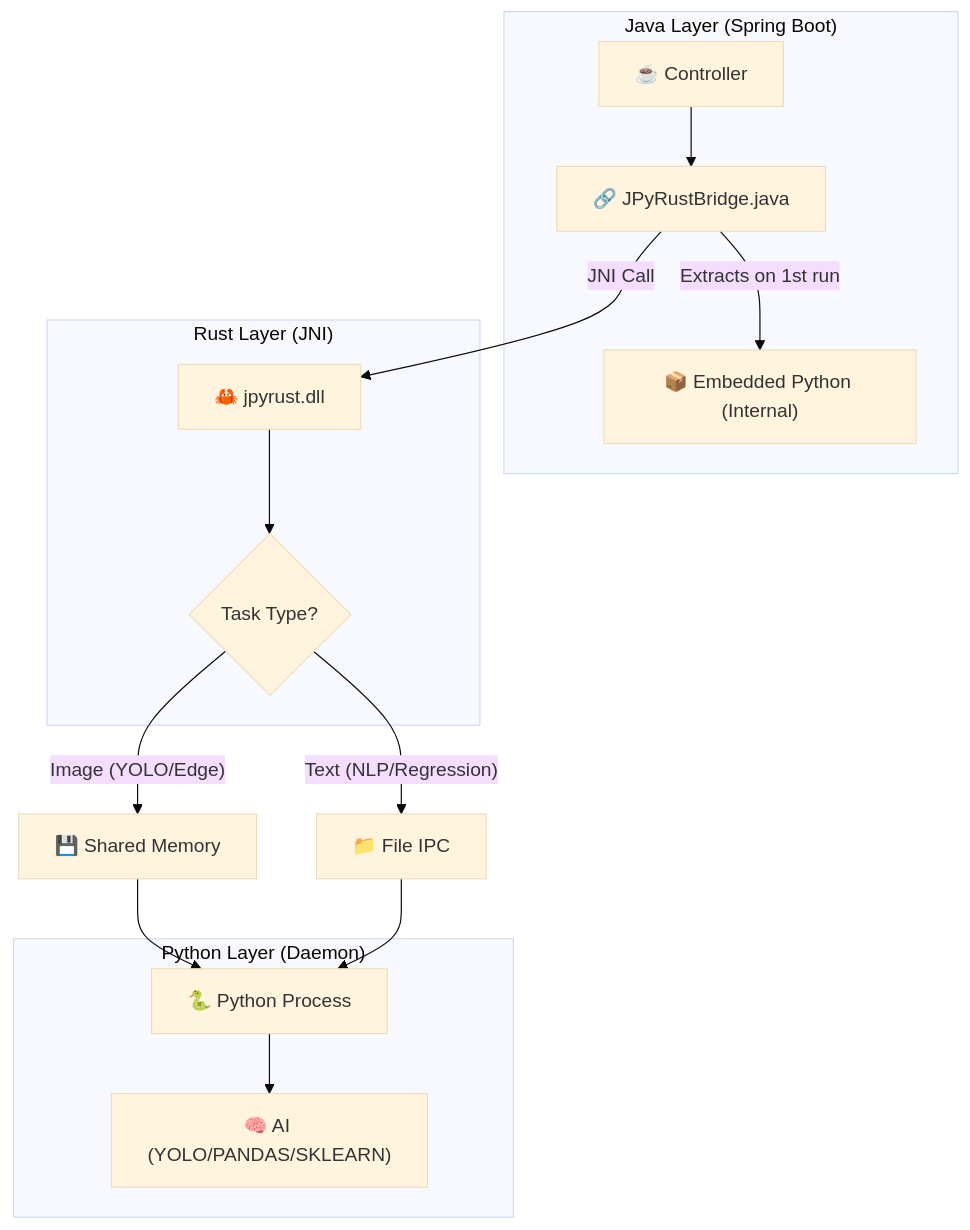
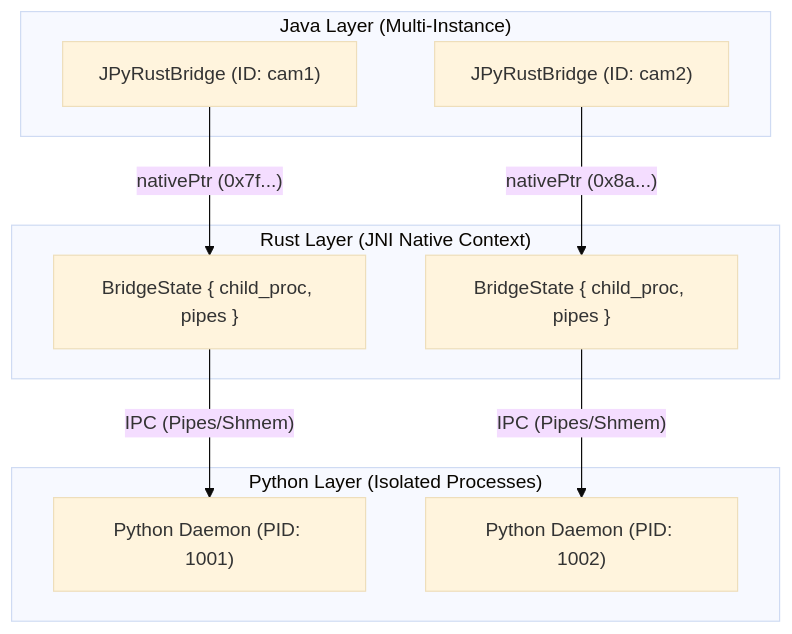
The first of 2 diagrams in README.md (farmer0010/JPyRust), drawn with Mermaid (base theme) before and after one commit. The commit also changed other lines of this file and 3 other files, not shown here.

Commit message:
Refactor JPyRust to v1.3.0

````diff
--- a/README.md
+++ b/README.md
@@ -83,30 +94,23 @@
 ```mermaid
 graph TD
-    subgraph "Java Layer (Spring Boot)"
-        Controller["☕ Controller"]
-        JavaBridge["🔗 JPyRustBridge.java"]
-        Dist["📦 Embedded Python (Internal)"]
+    subgraph "Java Layer (Multi-Instance)"
+        J1["JPyRustBridge (ID: cam1)"]
+        J2["JPyRustBridge (ID: cam2)"]
     end
 
-    subgraph "Rust Layer (JNI)"
-        RustBridge["🦀 jpyrust.dll"]
-        IPCSwitch{"Task Type?"}
+    subgraph "Rust Layer (JNI Native Context)"
+        R1["BridgeState { child_proc, pipes }"]
+        R2["BridgeState { child_proc, pipes }"]
     end
 
-    subgraph "Python Layer (Daemon)"
-        Daemon["🐍 Python Process"]
-        Models["🧠 AI (YOLO/PANDAS/SKLEARN)"]
+    subgraph "Python Layer (Isolated Processes)"
+        P1["Python Daemon (PID: 1001)"]
+        P2["Python Daemon (PID: 1002)"]
     end
 
-    Controller --> JavaBridge
-    JavaBridge -- "Extracts on 1st run" --> Dist
-    JavaBridge -- "JNI Call" --> RustBridge
-    RustBridge --> IPCSwitch
+    J1 -- "nativePtr (0x7f...)" --> R1
+    J2 -- "nativePtr (0x8a...)" --> R2
     
-    IPCSwitch -- "Image (YOLO/Edge)" --> RAM_IN["💾 Shared Memory"]
-    IPCSwitch -- "Text (NLP/Regression)" --> FILE_IN["📁 File IPC"]
-    
-    RAM_IN --> Daemon
-    FILE_IN --> Daemon
-    Daemon --> Models
+    R1 -- IPC (Pipes/Shmem) --> P1
+    R2 -- IPC (Pipes/Shmem) --> P2
 ```
````
